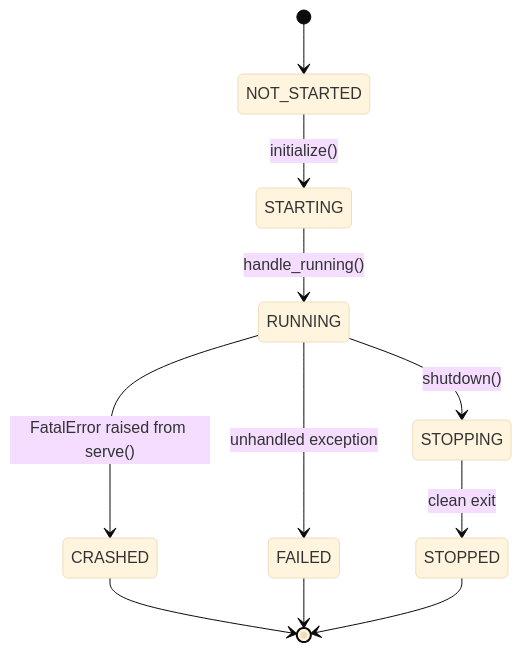
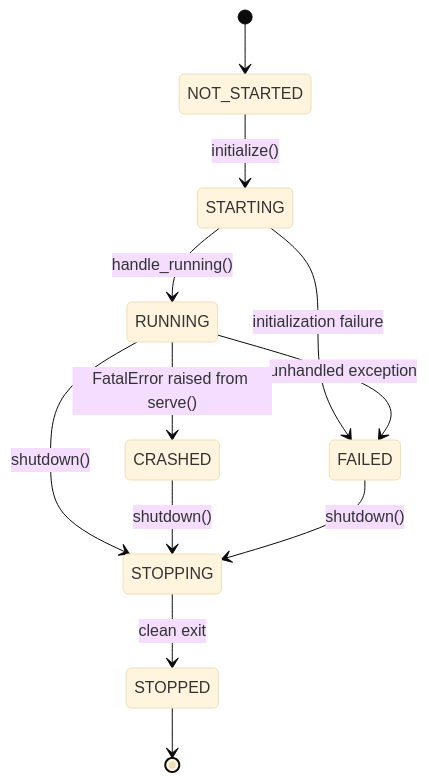
The diagram in docs/pages/core-concepts/internals/lifecycle.md (NodeJSmith/hassette), drawn with Mermaid (base theme) before and after one commit. The commit also changed other lines of this file, not shown here.

First line of the commit message:
docs: correct failure-state and logging claims on the lifecycle page

````diff
--- a/docs/pages/core-concepts/internals/lifecycle.md
+++ b/docs/pages/core-concepts/internals/lifecycle.md
@@ -53,13 +53,14 @@
 ```mermaid
 stateDiagram-v2
     [*] --> NOT_STARTED
     NOT_STARTED --> STARTING : initialize()
     STARTING --> RUNNING : handle_running()
+    STARTING --> FAILED : initialization failure
     RUNNING --> STOPPING : shutdown()
     RUNNING --> FAILED : unhandled exception
     STOPPING --> STOPPED : clean exit
     RUNNING --> CRASHED : FatalError raised from serve()
-    CRASHED --> [*]
-    FAILED --> [*]
+    CRASHED --> STOPPING : shutdown()
+    FAILED --> STOPPING : shutdown()
     STOPPED --> [*]
 ```
````
